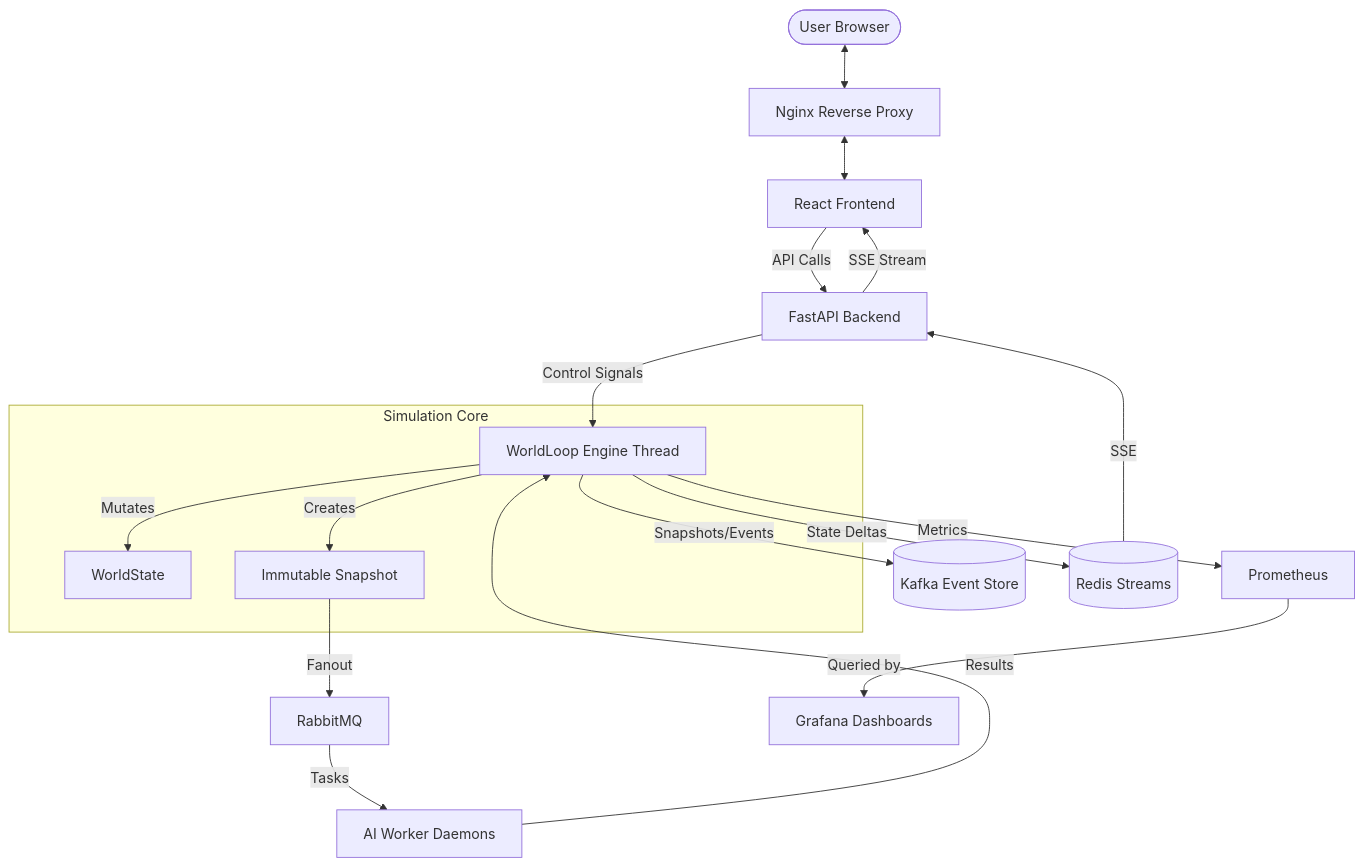
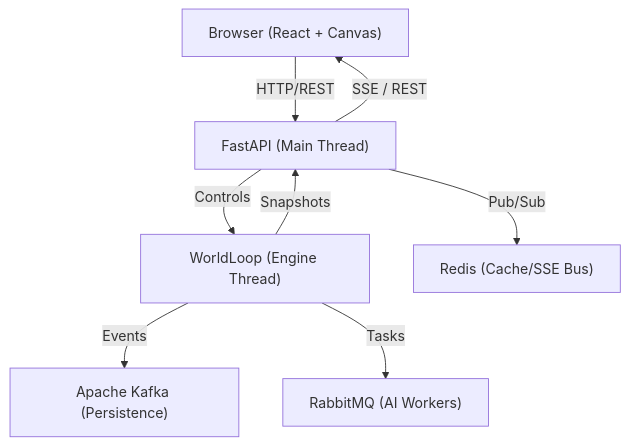
Before and after one commit to ttnhan18062000/rpg-based-simulation: the diagram in docs/execution_flow_and_stack.md, drawn with Mermaid. The commit also changed other lines of this file and 64 other files, not shown here.

````diff
--- a/docs/execution_flow_and_stack.md
+++ b/docs/execution_flow_and_stack.md
@@ -68,24 +13,12 @@
 ```mermaid
 graph TD
-    User([User Browser]) <--> Nginx[Nginx Reverse Proxy]
-    Nginx <--> React[React Frontend]
-    React -- API Calls --> FastAPI[FastAPI Backend]
-    FastAPI -- Control Signals --> Engine[WorldLoop Engine Thread]
-
-    subgraph "Simulation Core"
-        Engine -- Mutates --> State[WorldState]
-        Engine -- Creates --> Snapshot[Immutable Snapshot]
-    end
-
-    Snapshot -- Fanout --> Rabbit[RabbitMQ]
-    Rabbit -- Tasks --> Workers[AI Worker Daemons]
-    Workers -- Results --> Engine
-
-    Engine -- Snapshots/Events --> Kafka[(Kafka Event Store)]
-    Engine -- State Deltas --> Redis[(Redis Streams)]
-    Redis -- SSE --> FastAPI
-    FastAPI -- SSE Stream --> React
-
-    Engine -- Metrics --> Prom[Prometheus]
-    Prom -- Queried by --> Grafana[Grafana Dashboards]
+    Client["Browser (React + Canvas)"] -- HTTP/REST --> API["FastAPI (Main Thread)"]
+    API -- SSE / REST --> Client
+    
+    API -- Controls --> Engine["WorldLoop (Engine Thread)"]
+    Engine -- Snapshots --> API
+    
+    API -- Pub/Sub --> Redis["Redis (Cache/SSE Bus)"]
+    Engine -- Events --> Kafka["Apache Kafka (Persistence)"]
+    Engine -- Tasks --> RMQ["RabbitMQ (AI Workers)"]
 ```
````
